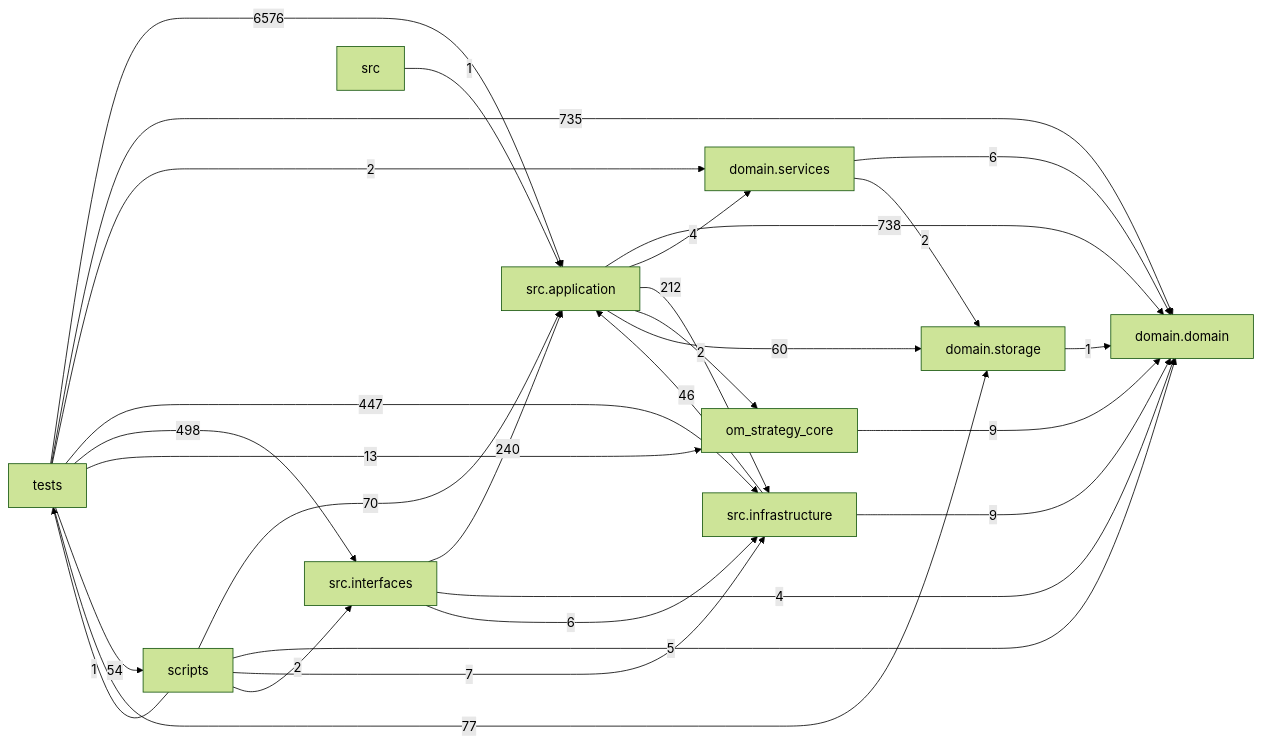
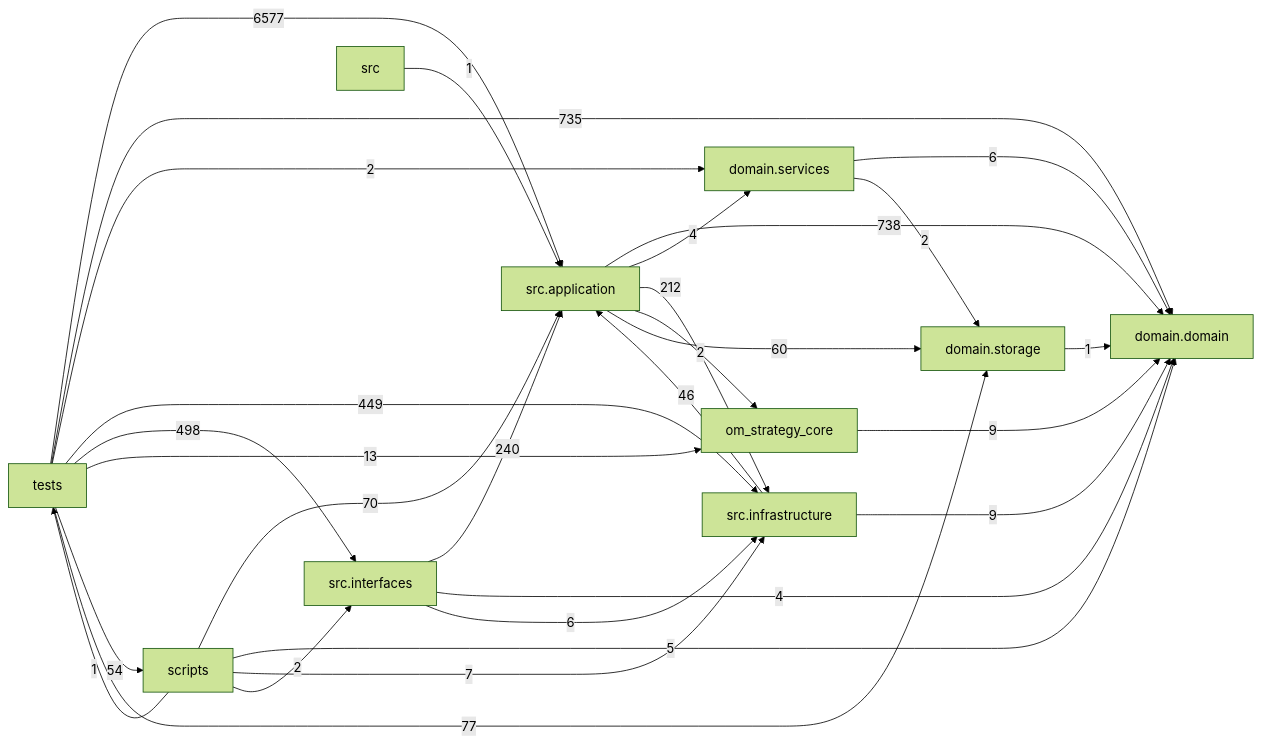
One commit to liuxie066/options-monitor changed the diagram in docs/DEPENDENCY_GRAPH.md. Above: the diagram before and after it, drawn with Mermaid (forest theme). The commit also changed other lines of this file and 6 other files, not shown here.

````diff
--- a/docs/DEPENDENCY_GRAPH.md
+++ b/docs/DEPENDENCY_GRAPH.md
@@ -24,39 +24,39 @@
 ```mermaid
 flowchart LR
   tests["tests"]
   scripts["scripts"]
   interfaces["src.interfaces"]
   application["src.application"]
   infrastructure["src.infrastructure"]
   domain_services["domain.services"]
   domain["domain.domain"]
   storage["domain.storage"]
   application -->|738| domain
   application -->|4| domain_services
   application -->|212| infrastructure
   application -->|2| om_strategy_core
   application -->|60| storage
   domain_services -->|6| domain
   domain_services -->|2| storage
   infrastructure -->|46| application
   infrastructure -->|9| domain
   interfaces -->|240| application
   interfaces -->|4| domain
   interfaces -->|6| infrastructure
   om_strategy_core -->|9| domain
   scripts -->|70| application
   scripts -->|5| domain
   scripts -->|7| infrastructure
   scripts -->|2| interfaces
   scripts -->|1| tests
   src -->|1| application
   storage -->|1| domain
-  tests -->|6576| application
+  tests -->|6577| application
   tests -->|735| domain
   tests -->|2| domain_services
-  tests -->|447| infrastructure
+  tests -->|449| infrastructure
   tests -->|498| interfaces
   tests -->|13| om_strategy_core
   tests -->|54| scripts
   tests -->|77| storage
 ```
````
